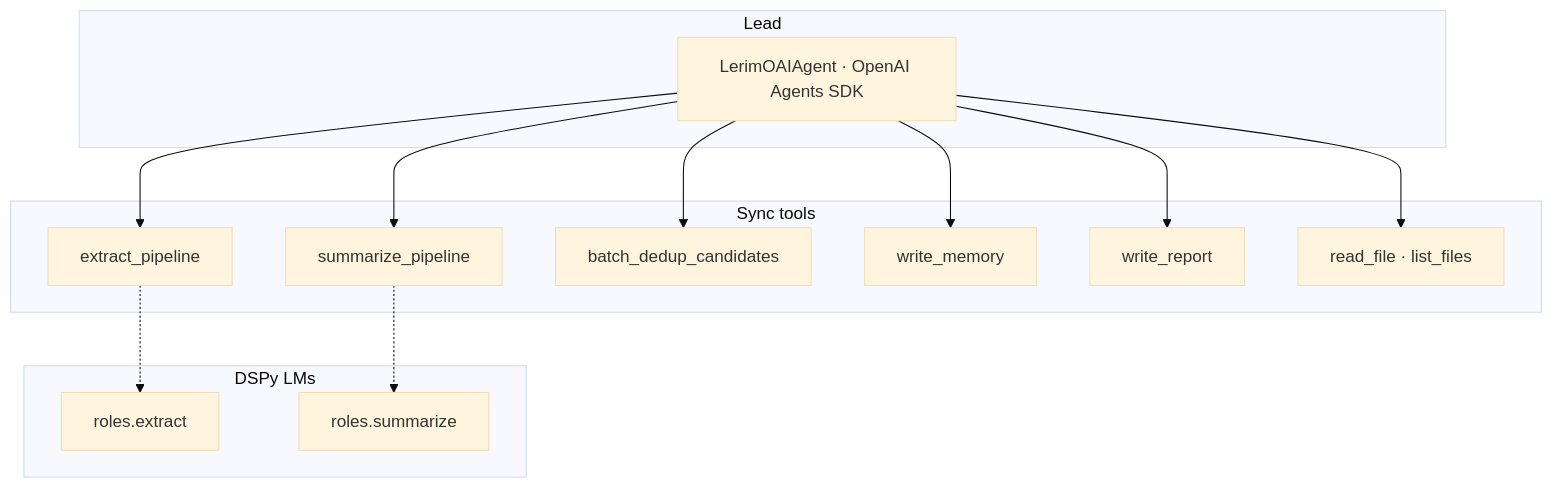
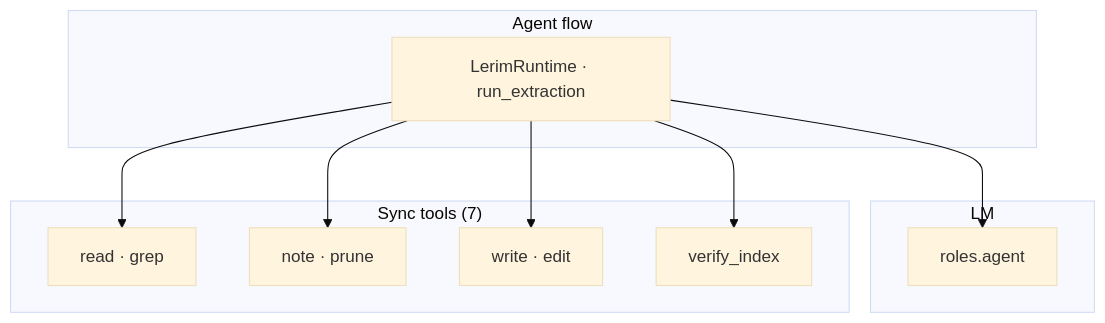
One commit to lerim-dev/lerim-cli changed the first of 2 diagrams in docs/index.md. Above: the diagram before and after it, drawn with Mermaid (base theme). The commit also changed other lines of this file and 201 other files, not shown here.

````diff
--- a/docs/index.md
+++ b/docs/index.md
@@ -184,26 +184,20 @@
 ```mermaid
 flowchart TB
-    subgraph lead["Lead"]
-        OAI[LerimOAIAgent · OpenAI Agents SDK]
+    subgraph runtime_sync["Agent flow"]
+        RT[LerimRuntime · run_extraction]
     end
-    subgraph syncTools["Sync tools"]
-        ep[extract_pipeline]
-        sp[summarize_pipeline]
-        bd[batch_dedup_candidates]
-        wm[write_memory]
-        wr[write_report]
-        rf["read_file · list_files"]
+    subgraph lm["LM"]
+        L[roles.agent]
     end
-    subgraph dspy["DSPy LMs"]
-        ex[roles.extract]
-        su[roles.summarize]
+    subgraph syncTools["Sync tools (7)"]
+        t1["read · grep"]
+        c1["note · prune"]
+        wm["write · edit"]
+        v1["verify_index"]
     end
-    OAI --> ep
-    OAI --> sp
-    OAI --> bd
-    OAI --> wm
-    OAI --> wr
-    OAI --> rf
-    ep -.-> ex
-    sp -.-> su
+    RT --> L
+    RT --> t1
+    RT --> c1
+    RT --> wm
+    RT --> v1
 ```
````
